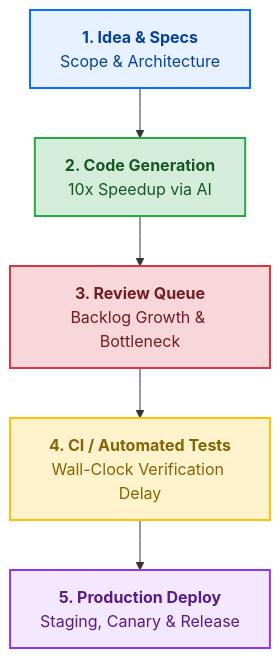
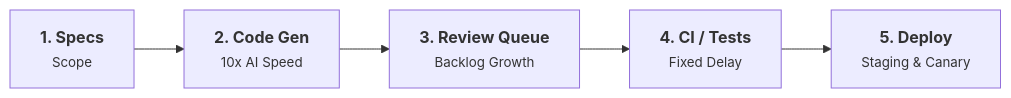
One commit to schlafer/sazidmahmud.bd changed the fourth of 6 diagrams in content/posts/11-Why AI Won’t 10x Your Software Team/index.md. Above: the diagram before and after it, drawn with Mermaid. The commit also changed other lines of this file and 2 other files, not shown here.

Commit message:
style(blog): redesign diagrams with clean architectural aesthetic and restrained palette

````diff
--- a/content/posts/11-Why AI Won’t 10x Your Software Team/index.md
+++ b/content/posts/11-Why AI Won’t 10x Your Software Team/index.md
@@ -159,13 +130,4 @@
 ```mermaid
-flowchart TD
-    A["<b>1. Idea & Specs</b><br/>Scope & Architecture"]:::blue --> B["<b>2. Code Generation</b><br/>10x Speedup via AI"]:::green
-    B --> C["<b>3. Review Queue</b><br/>Backlog Growth & Bottleneck"]:::red
-    C --> D["<b>4. CI / Automated Tests</b><br/>Wall-Clock Verification Delay"]:::yellow
-    D --> E["<b>5. Production Deploy</b><br/>Staging, Canary & Release"]:::purple
-
-    classDef green fill:#d4edda,stroke:#28a745,stroke-width:2px,color:#155724;
-    classDef red fill:#f8d7da,stroke:#dc3545,stroke-width:2px,color:#721c24;
-    classDef yellow fill:#fff3cd,stroke:#ffc107,stroke-width:2px,color:#856404;
-    classDef blue fill:#e7f1ff,stroke:#0d6efd,stroke-width:2px,color:#084298;
-    classDef purple fill:#f3e8ff,stroke:#9333ea,stroke-width:2px,color:#581c87;
+flowchart LR
+    A["<b>1. Specs</b><br/><small>Scope</small>"]:::reg --> B["<b>2. Code Gen</b><br/><small>10x AI Speed</small>"]:::fast --> C["<b>3. Review Queue</b><br/><small>Backlog Growth</small>"]:::bottleneck --> D["<b>4. CI / Tests</b><br/><small>Fixed Delay</small>"]:::reg --> E["<b>5. Deploy</b><br/><small>Staging & Canary</small>"]:::reg
 ```
````
